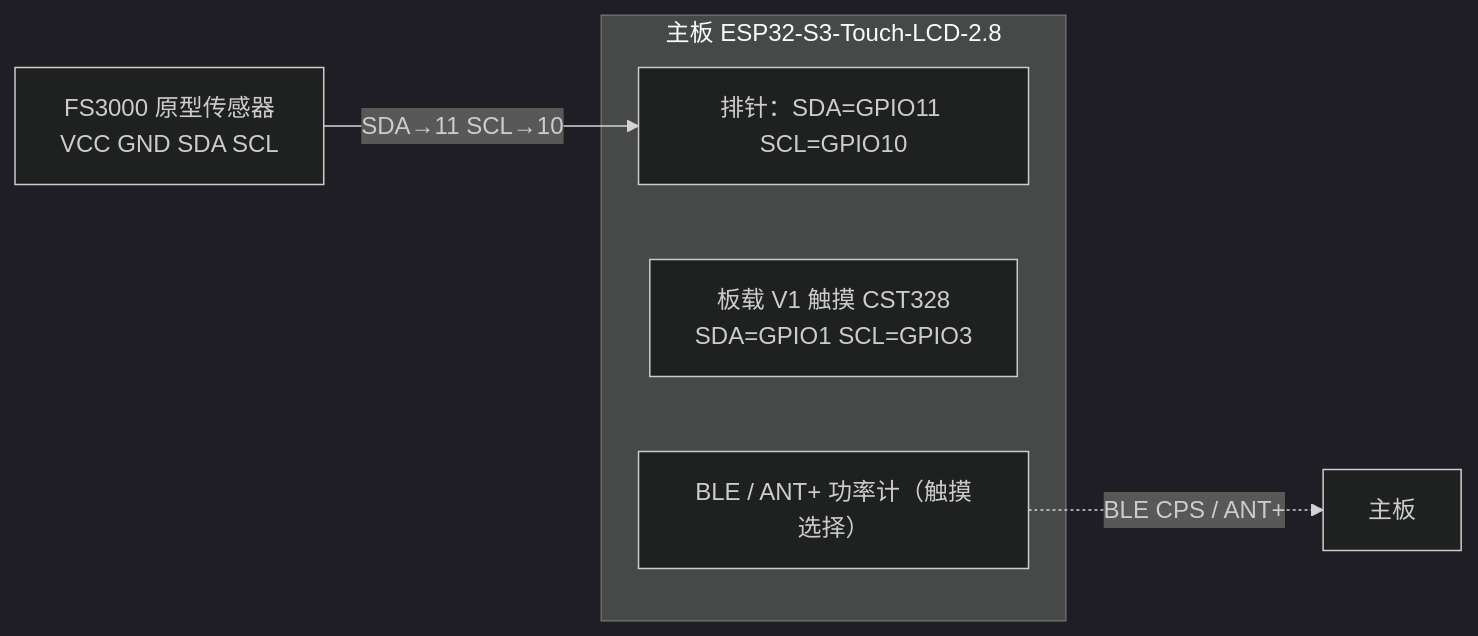
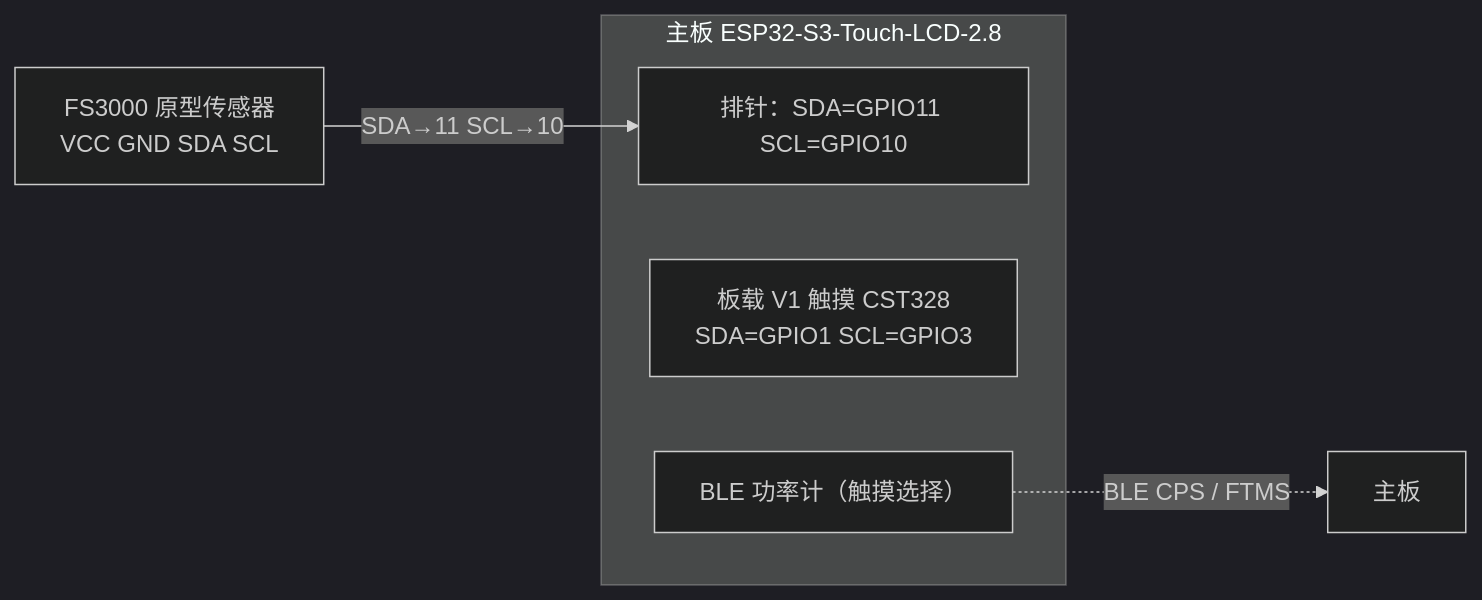
The first of 2 diagrams in docs/hardware-installation.md (vitrum/esp32-fs3000-project), drawn with Mermaid (dark theme) before and after one commit. The commit also changed other lines of this file and 33 other files, not shown here.

````diff
--- a/docs/hardware-installation.md
+++ b/docs/hardware-installation.md
@@ -37,11 +37,11 @@
 ```mermaid
 graph LR
   FS1["FS3000 原型传感器<br/>VCC GND SDA SCL"]
   subgraph 主板 ESP32-S3-Touch-LCD-2.8
     H1["排针：SDA=GPIO11 SCL=GPIO10"]
     T1["板载 V1 触摸 CST328<br/>SDA=GPIO1 SCL=GPIO3"]
-    PM["BLE / ANT+ 功率计（触摸选择）"]
+    PM["BLE 功率计（触摸选择）"]
   end
   FS1 -->|"SDA→11  SCL→10"| H1
-  PM -. "BLE CPS / ANT+" .-> 主板
+  PM -. "BLE CPS / FTMS" .-> 主板
 ```
````
